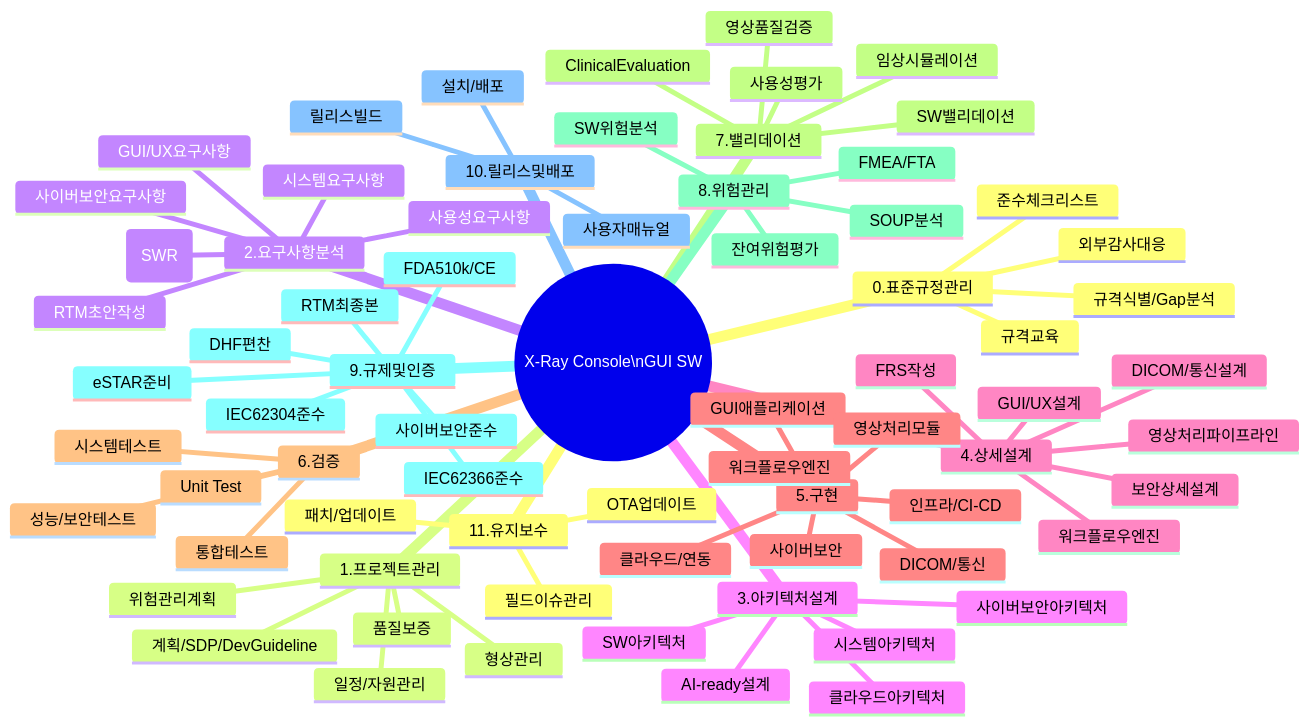
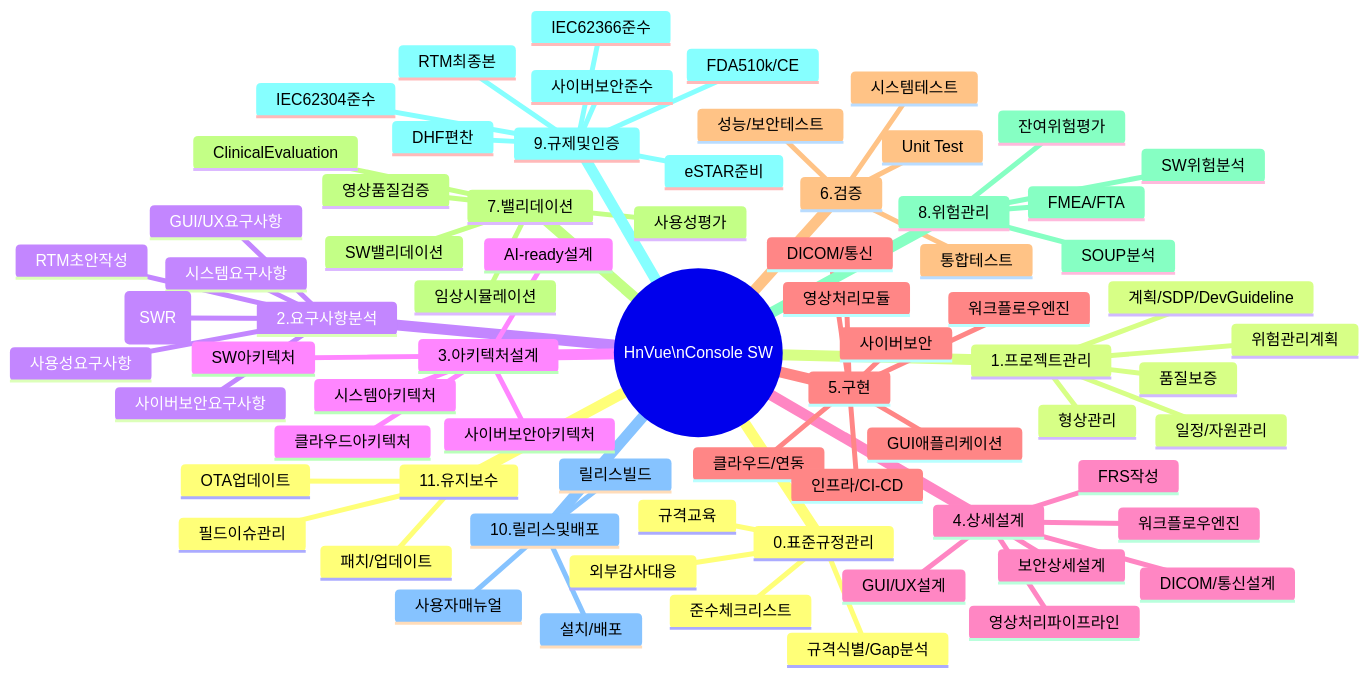
The third of 10 diagrams in docs/management/WBS-001_WBS_v1.0.md (holee9/console-gui), drawn with Mermaid before and after one commit. The commit also changed other lines of this file and 40 other files, not shown here.

````diff
--- a/docs/management/WBS-001_WBS_v1.0.md
+++ b/docs/management/WBS-001_WBS_v1.0.md
@@ -155,75 +155,75 @@
 ```mermaid
 mindmap
-  root((X-Ray Console\nGUI SW))
+  root((HnVue\nConsole SW))
     0.표준규정관리
       규격식별/Gap분석
       규격교육
       준수체크리스트
       외부감사대응
     1.프로젝트관리
       계획/SDP/DevGuideline
       품질보증
       형상관리
       위험관리계획
       일정/자원관리
     2.요구사항분석
       시스템요구사항
       SW요구사항(SWR)
       GUI/UX요구사항
       사이버보안요구사항
       사용성요구사항
       RTM초안작성
     3.아키텍처설계
       시스템아키텍처
       SW아키텍처
       AI-ready설계
       사이버보안아키텍처
       클라우드아키텍처
     4.상세설계
       FRS작성
       GUI/UX설계
       영상처리파이프라인
       워크플로우엔진
       DICOM/통신설계
       보안상세설계
     5.구현
       GUI애플리케이션
       영상처리모듈
       워크플로우엔진
       DICOM/통신
       사이버보안
       클라우드/연동
       인프라/CI-CD
     6.검증
       Unit Test
       통합테스트
       시스템테스트
       성능/보안테스트
     7.밸리데이션
       SW밸리데이션
       사용성평가
       영상품질검증
       임상시뮬레이션
       ClinicalEvaluation
     8.위험관리
       FMEA/FTA
       SW위험분석
       잔여위험평가
       SOUP분석
     9.규제및인증
       IEC62304준수
       IEC62366준수
       FDA510k/CE
       사이버보안준수
       RTM최종본
       DHF편찬
       eSTAR준비
     10.릴리스및배포
       릴리스빌드
       설치/배포
       사용자매뉴얼
     11.유지보수
       패치/업데이트
       필드이슈관리
       OTA업데이트
 ```
````
